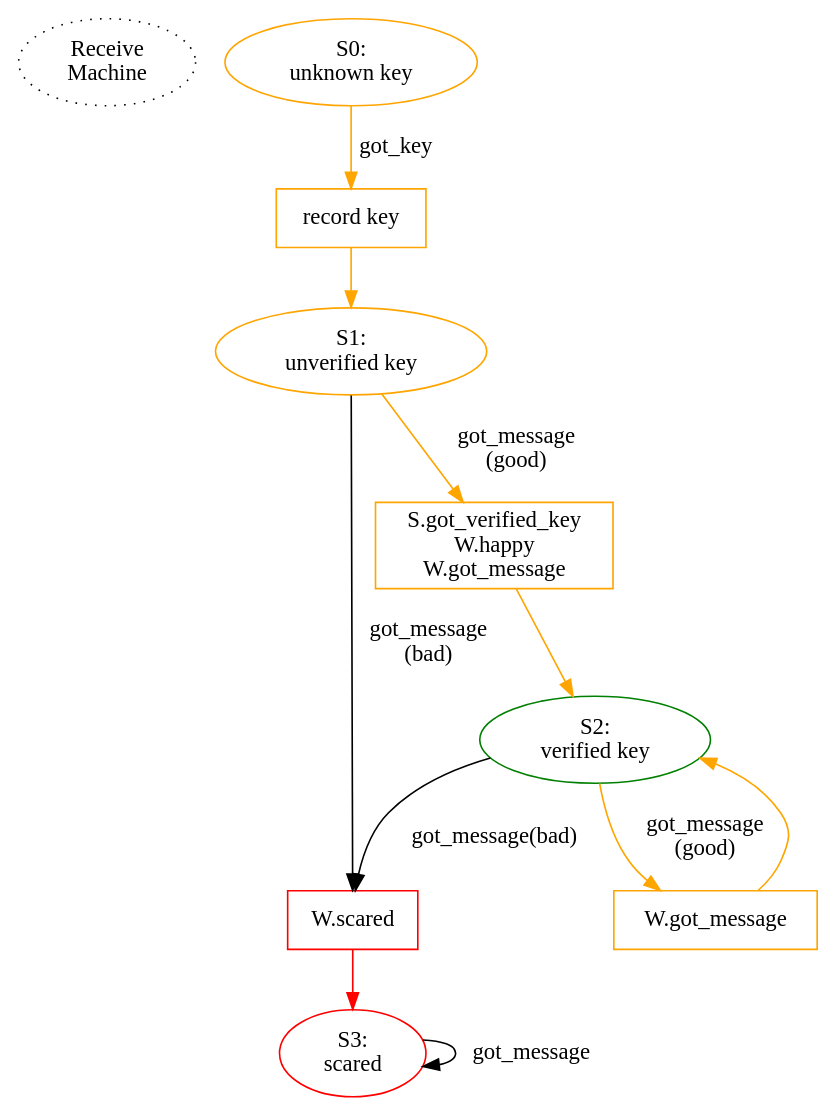
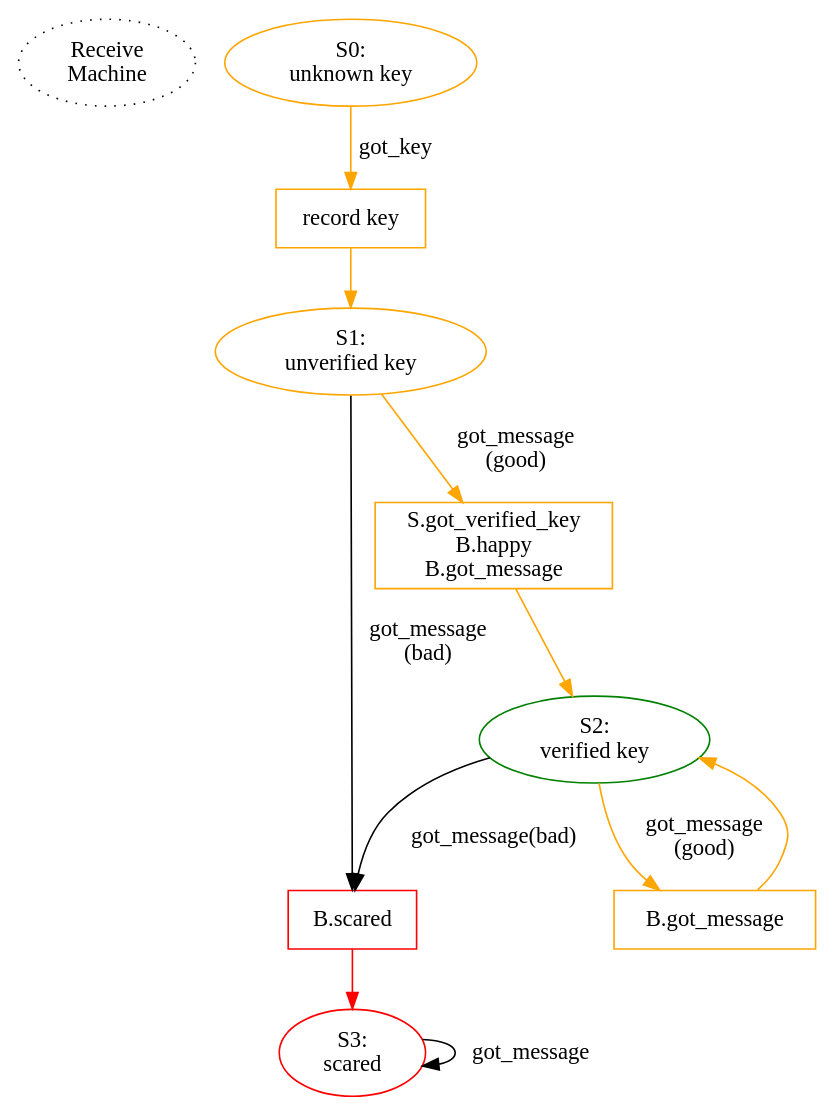
Before and after one commit to magic-wormhole/magic-wormhole: the diagram in docs/receive.dot, drawn with Graphviz. The commit also changed 11 other files, not shown here.

```diff
--- a/docs/receive.dot
+++ b/docs/receive.dot
@@ -1,39 +1,39 @@
 digraph {
 
         /* could shave a RTT by committing to the nameplate early, before
         finishing the rest of the code input. While the user is still
         typing/completing the code, we claim the nameplate, open the mailbox,
         and retrieve the peer's PAKE message. Then as soon as the user
         finishes entering the code, we build our own PAKE message, send PAKE,
         compute the key, send VERSION. Starting from the Return, this saves
         two round trips. OTOH it adds consequences to hitting Tab. */
 
         start [label="Receive\nMachine" style="dotted"]
 
         S0 [label="S0:\nunknown key" color="orange"]
         S0 -> P0_got_key [label="got_key" color="orange"]
 
         P0_got_key [shape="box" label="record key" color="orange"]
         P0_got_key -> S1 [color="orange"]
 
         S1 [label="S1:\nunverified key" color="orange"]
         S1 -> P_mood_scary [label="got_message\n(bad)"]
         S1 -> P1_accept_msg [label="got_message\n(good)" color="orange"]
-        P1_accept_msg [shape="box" label="S.got_verified_key\nW.happy\nW.got_message"
+        P1_accept_msg [shape="box" label="S.got_verified_key\nB.happy\nB.got_message"
                        color="orange"]
         P1_accept_msg -> S2 [color="orange"]
 
         S2 [label="S2:\nverified key" color="green"]
 
         S2 -> P2_accept_msg [label="got_message\n(good)" color="orange"]
         S2 -> P_mood_scary [label="got_message(bad)"]
 
-        P2_accept_msg [label="W.got_message" shape="box" color="orange"]
+        P2_accept_msg [label="B.got_message" shape="box" color="orange"]
         P2_accept_msg -> S2 [color="orange"]
 
-        P_mood_scary [shape="box" label="W.scared" color="red"]
+        P_mood_scary [shape="box" label="B.scared" color="red"]
         P_mood_scary -> S3 [color="red"]
 
         S3 [label="S3:\nscared" color="red"]
         S3 -> S3 [label="got_message"]
 }
```
